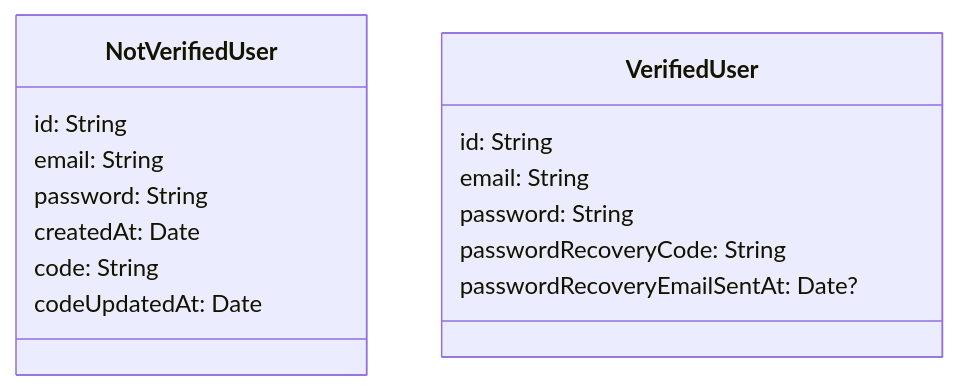
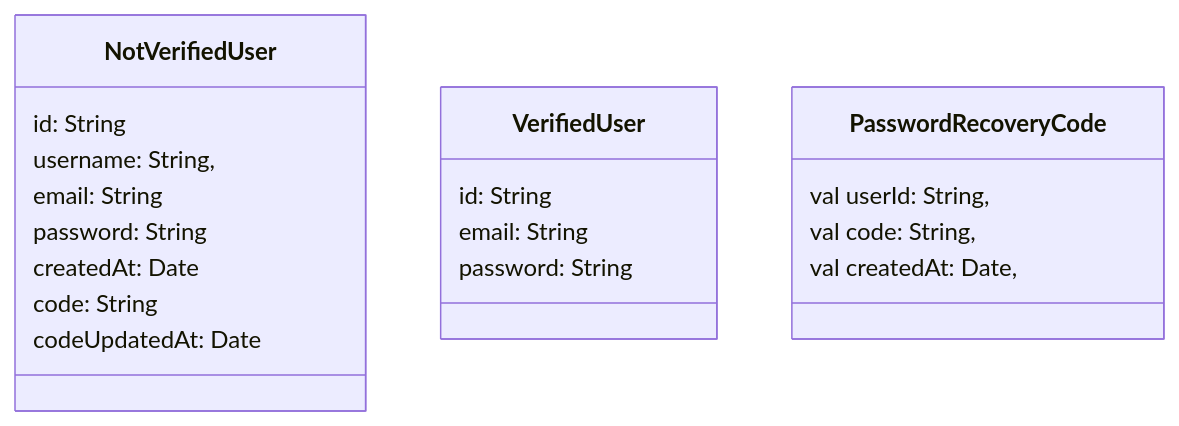
One commit to Group-Expense-Manager/gem-docs changed the first of 20 diagrams in docs/contracts.md. Above: the diagram before and after it, drawn with Mermaid. The commit also changed other lines of this file and 1 other file, not shown here.

Commit message:
updated flow diagrams & database classes

````diff
--- a/docs/contracts.md
+++ b/docs/contracts.md
@@ -5,20 +5,25 @@
 ```mermaid
 classDiagram
 class NotVerifiedUser {
     id: String
+    username: String,
     email: String
     password: String
     createdAt: Date
     code: String
     codeUpdatedAt: Date
 }
 
 class VerifiedUser {
     id: String
     email: String
     password: String
-    passwordRecoveryCode: String
-    passwordRecoveryEmailSentAt: Date?
+}
+
+class PasswordRecoveryCode {
+    val userId: String,
+    val code: String,
+    val createdAt: Date,
 }
 
 ```
````
